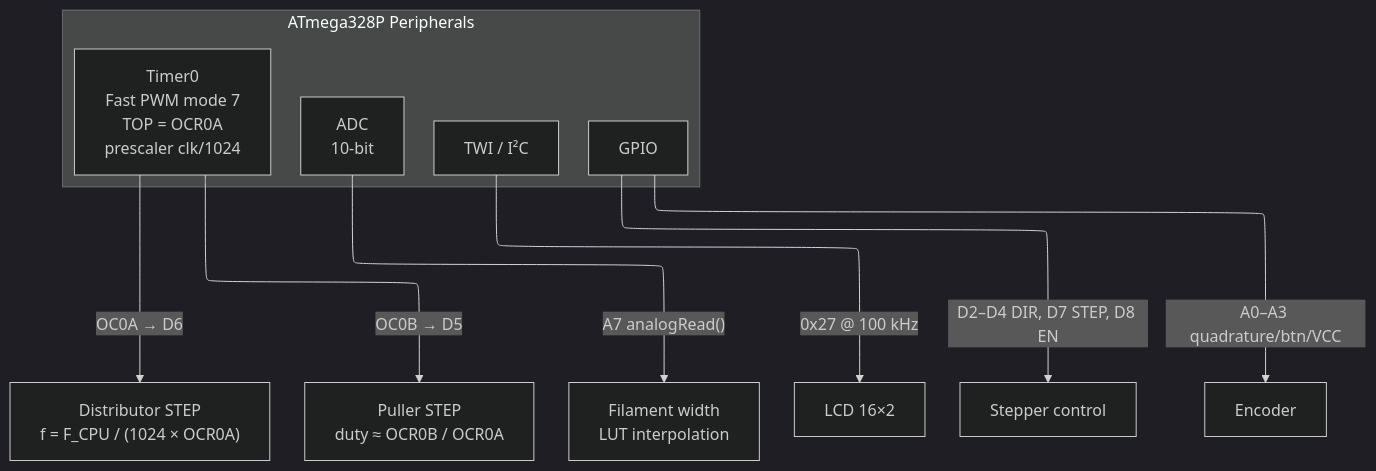
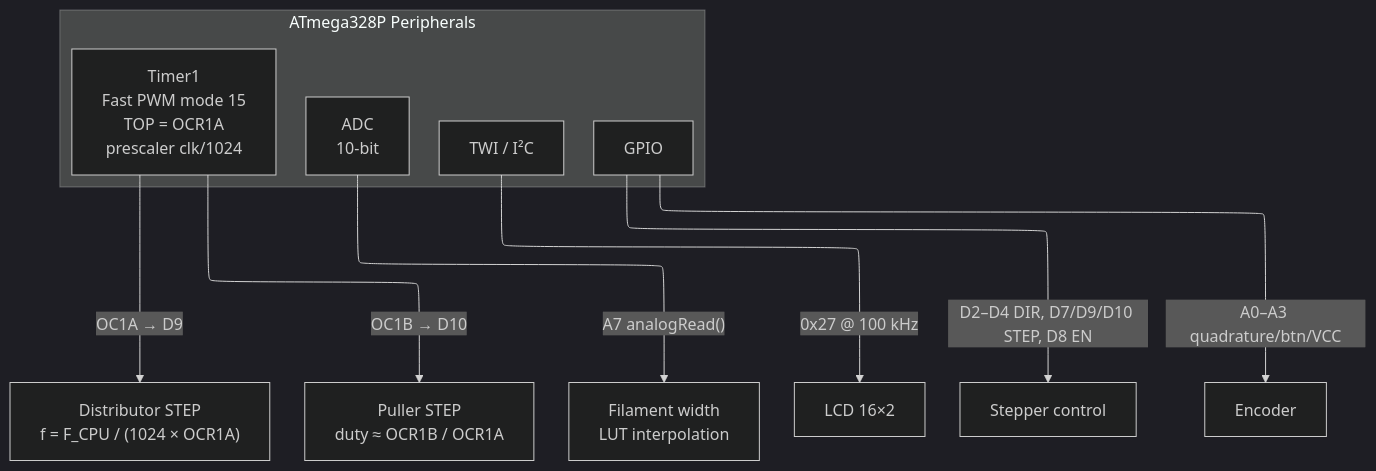
The second of 2 diagrams in docs/diagrams/hardware.md (Danzibob/filament-extruder), drawn with Mermaid (dark theme) before and after one commit. The commit also changed other lines of this file and 12 other files, not shown here.

````diff
--- a/docs/diagrams/hardware.md
+++ b/docs/diagrams/hardware.md
@@ -72,20 +73,20 @@
 ```mermaid
 %%{init: {'layout': 'elk'}}%%
 graph TD
     subgraph periph["ATmega328P Peripherals"]
-        t0["Timer0<br>Fast PWM mode 7<br>TOP = OCR0A<br>prescaler clk/1024"]
+        t1["Timer1<br>Fast PWM mode 15<br>TOP = OCR1A<br>prescaler clk/1024"]
         adc["ADC<br>10-bit"]
         twi["TWI / I²C"]
         gpio["GPIO"]
     end
 
-    t0 -->|"OC0A → D6"| distrib_step["Distributor STEP<br>f = F_CPU / (1024 × OCR0A)"]
-    t0 -->|"OC0B → D5"| puller_step["Puller STEP<br>duty ≈ OCR0B / OCR0A"]
+    t1 -->|"OC1A → D9"| distrib_step["Distributor STEP<br>f = F_CPU / (1024 × OCR1A)"]
+    t1 -->|"OC1B → D10"| puller_step["Puller STEP<br>duty ≈ OCR1B / OCR1A"]
 
     adc -->|"A7 analogRead()"| width["Filament width<br>LUT interpolation"]
 
     twi -->|"0x27 @ 100 kHz"| lcd2["LCD 16×2"]
 
-    gpio -->|"D2–D4 DIR, D7 STEP, D8 EN"| steppers["Stepper control"]
+    gpio -->|"D2–D4 DIR, D7/D9/D10 STEP, D8 EN"| steppers["Stepper control"]
     gpio -->|"A0–A3 quadrature/btn/VCC"| enc2["Encoder"]
 ```
````
